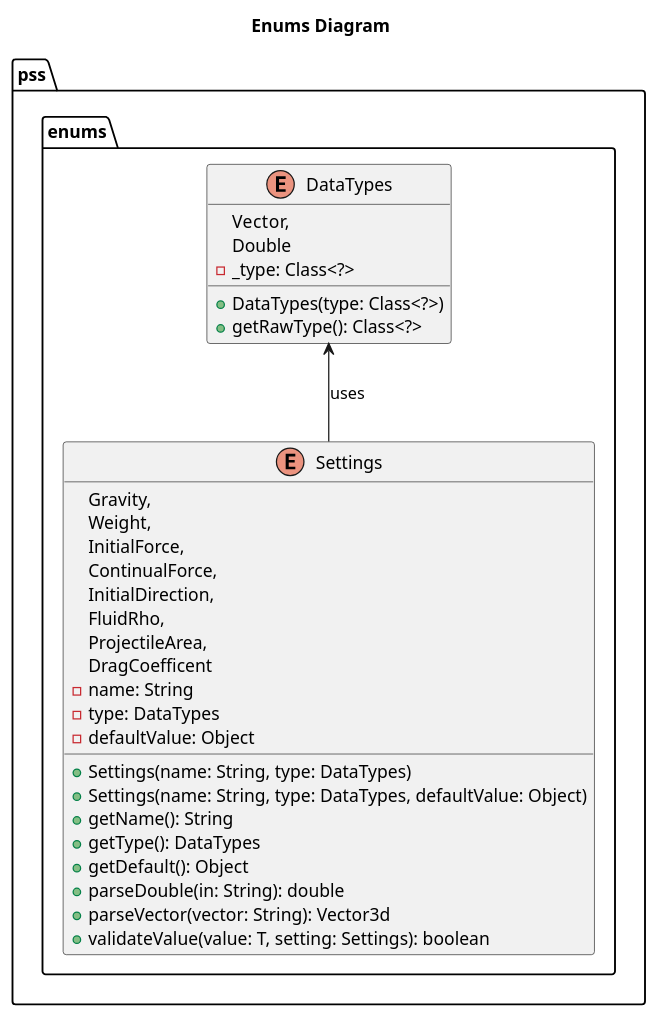
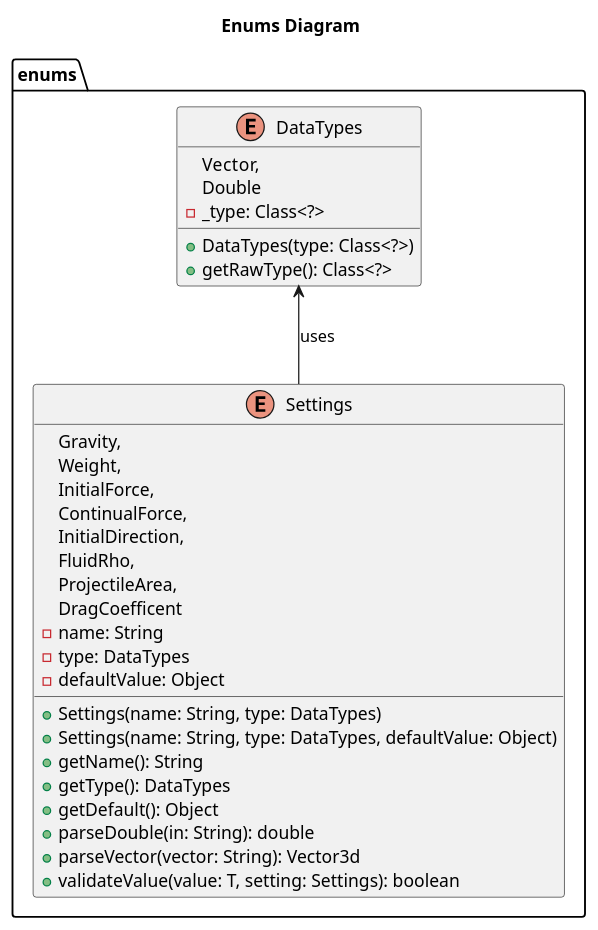
The fifth of 8 diagrams in docs/res/design.org (katanallama/projectile-simulation-suite), drawn with PlantUML before and after one commit. The commit also changed other lines of this file and 5 other files, not shown here.

Commit message:
clean up class diagrams

```diff
--- a/docs/res/design.org
+++ b/docs/res/design.org
@@ -237,40 +237,40 @@
 #+begin_src plantuml :file enums.png
 @startuml
 title Enums Diagram
 
-package pss.enums {
+package enums {
     enum "DataTypes" {
         Vector,
         Double
         -_type: Class<?>
         +DataTypes(type: Class<?>)
         +getRawType(): Class<?>
     }
 
     enum "Settings" {
         Gravity,
         Weight,
         InitialForce,
         ContinualForce,
         InitialDirection,
         FluidRho,
         ProjectileArea,
         DragCoefficent
         -name: String
         -type: DataTypes
         -defaultValue: Object
         +Settings(name: String, type: DataTypes)
         +Settings(name: String, type: DataTypes, defaultValue: Object)
         +getName(): String
         +getType(): DataTypes
         +getDefault(): Object
         +parseDouble(in: String): double
         +parseVector(vector: String): Vector3d
         +validateValue(value: T, setting: Settings): boolean
     }
 }
 
 DataTypes <-- Settings: uses
 
 @enduml
 #+end_src
```
